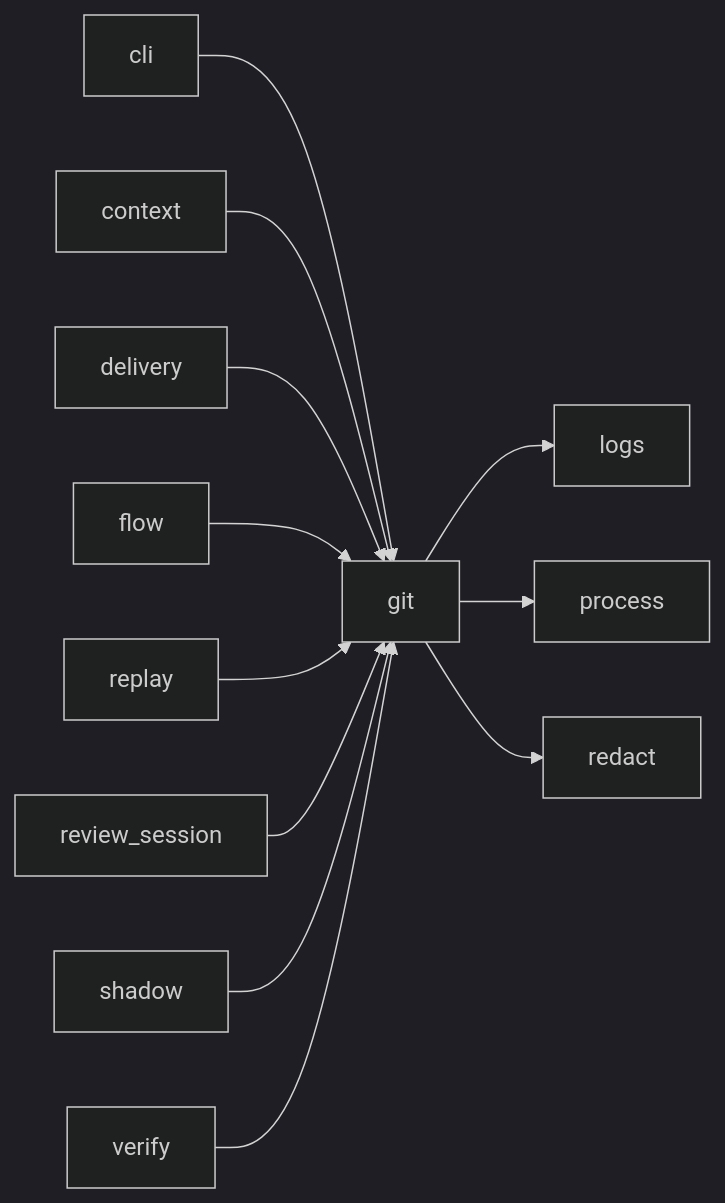
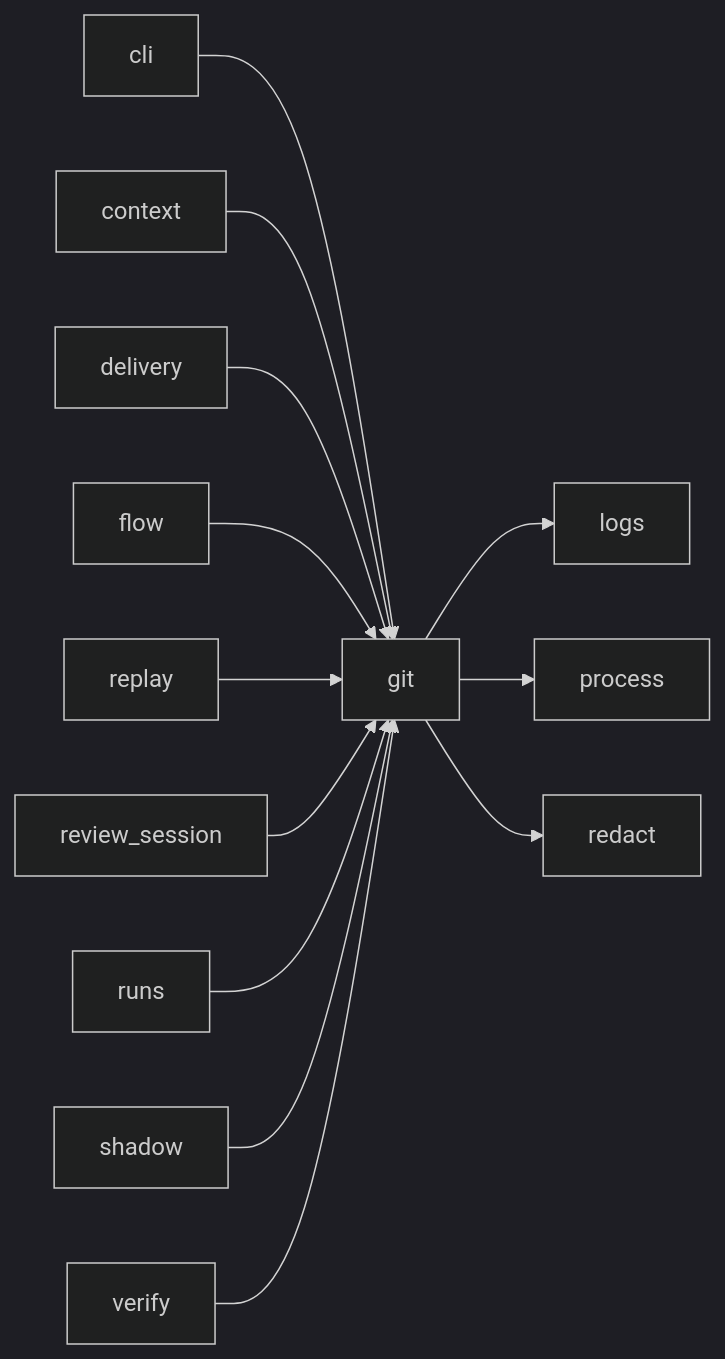
Before and after one commit to plaplanche/ariane: the third of 3 diagrams in docs/architecture/modules/git.md, drawn with Mermaid (dark theme). The commit also changed other lines of this file and 12 other files, not shown here.

````diff
--- a/docs/architecture/modules/git.md
+++ b/docs/architecture/modules/git.md
@@ -146,14 +146,15 @@
 ```mermaid
 flowchart LR
   cli --> git
   context --> git
   delivery --> git
   flow --> git
   git --> logs
   git --> process
   git --> redact
   replay --> git
   review_session --> git
+  runs --> git
   shadow --> git
   verify --> git
 ```
````
